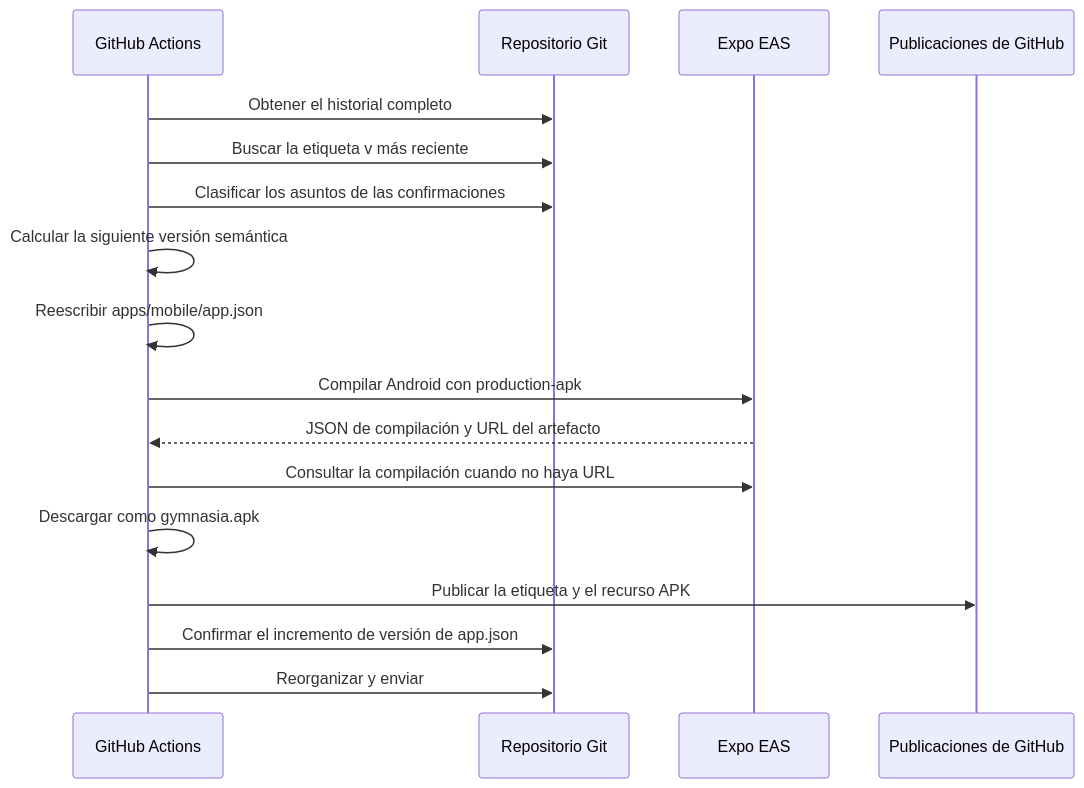
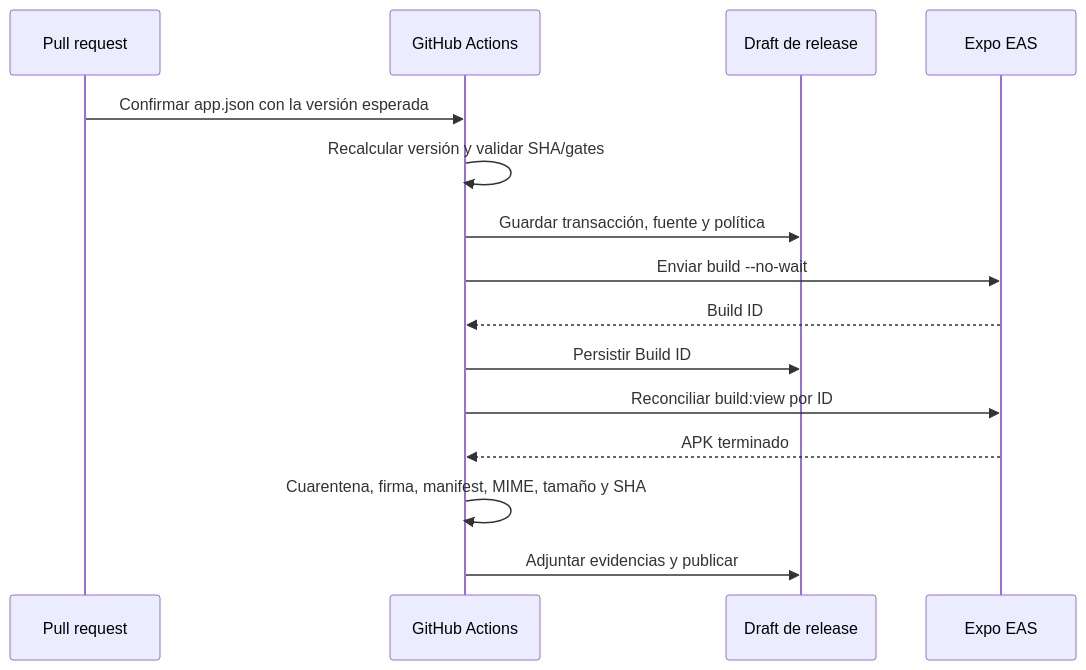
One commit to maximofn/gymnasia changed the second of 2 diagrams in openwiki/operations/build-release-and-testing.md. Above: the diagram before and after it, drawn with Mermaid. The commit also changed other lines of this file and 19 other files, not shown here.

Commit message:
fix(release): make Android publishing transactional

````diff
--- a/openwiki/operations/build-release-and-testing.md
+++ b/openwiki/operations/build-release-and-testing.md
@@ -209,20 +216,18 @@
 ```mermaid
 sequenceDiagram
+    participant PR as Pull request
     participant GH as GitHub Actions
-    participant Git as Repositorio Git
+    participant Rel as Draft de release
     participant EAS as Expo EAS
-    participant Rel as Publicaciones de GitHub
 
-    GH->>Git: Obtener el historial completo
-    GH->>Git: Buscar la etiqueta v más reciente
-    GH->>Git: Clasificar los asuntos de las confirmaciones
-    GH->>GH: Calcular la siguiente versión semántica
-    GH->>GH: Reescribir apps/mobile/app.json
-    GH->>EAS: Compilar Android con production-apk
-    EAS-->>GH: JSON de compilación y URL del artefacto
-    GH->>EAS: Consultar la compilación cuando no haya URL
-    GH->>GH: Descargar como gymnasia.apk
-    GH->>Rel: Publicar la etiqueta y el recurso APK
-    GH->>Git: Confirmar el incremento de versión de app.json
-    GH->>Git: Reorganizar y enviar
+    PR->>GH: Confirmar app.json con la versión esperada
+    GH->>GH: Recalcular versión y validar SHA/gates
+    GH->>Rel: Guardar transacción, fuente y política
+    GH->>EAS: Enviar build --no-wait
+    EAS-->>GH: Build ID
+    GH->>Rel: Persistir Build ID
+    GH->>EAS: Reconciliar build:view por ID
+    EAS-->>GH: APK terminado
+    GH->>GH: Cuarentena, firma, manifest, MIME, tamaño y SHA
+    GH->>Rel: Adjuntar evidencias y publicar
 ```
````
